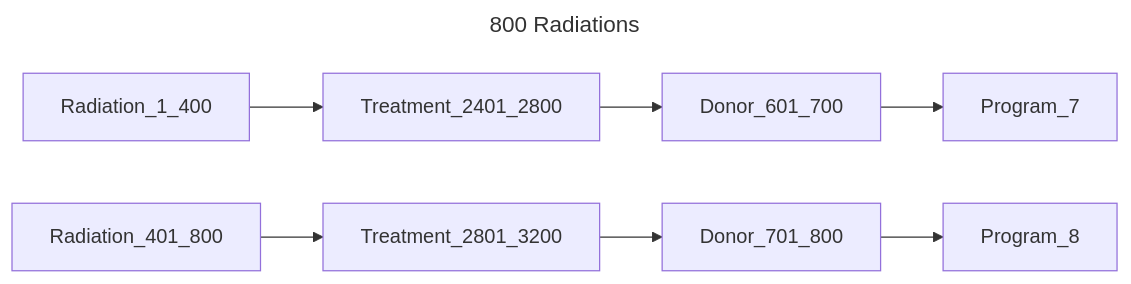
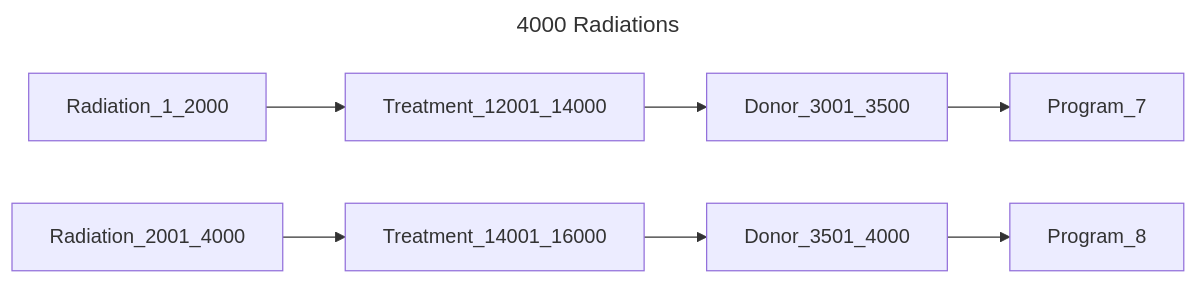
Before and after one commit to bento-platform/katsu: the ninth of 14 diagrams in chord_metadata_service/mohpackets/data/large_dataset/README.md, drawn with Mermaid. The commit also changed other lines of this file, not shown here.

````diff
--- a/chord_metadata_service/mohpackets/data/large_dataset/README.md
+++ b/chord_metadata_service/mohpackets/data/large_dataset/README.md
@@ -136,8 +137,8 @@
 ```mermaid
 ---
-title: 800 Radiations
+title: 4000 Radiations
 ---
 graph LR;  
-  Radiation_1_400 --> Treatment_2401_2800 --> Donor_601_700 --> Program_7;  
-  Radiation_401_800 --> Treatment_2801_3200 --> Donor_701_800 --> Program_8;  
+  Radiation_1_2000 --> Treatment_12001_14000 --> Donor_3001_3500 --> Program_7;  
+  Radiation_2001_4000 --> Treatment_14001_16000 --> Donor_3501_4000 --> Program_8;  
 ```
````
